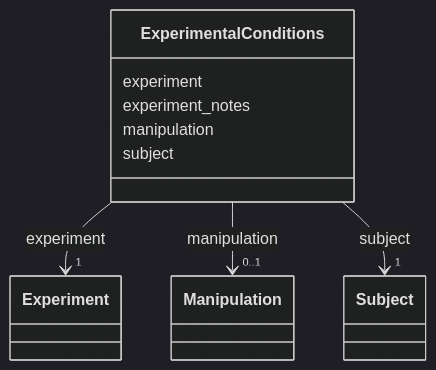
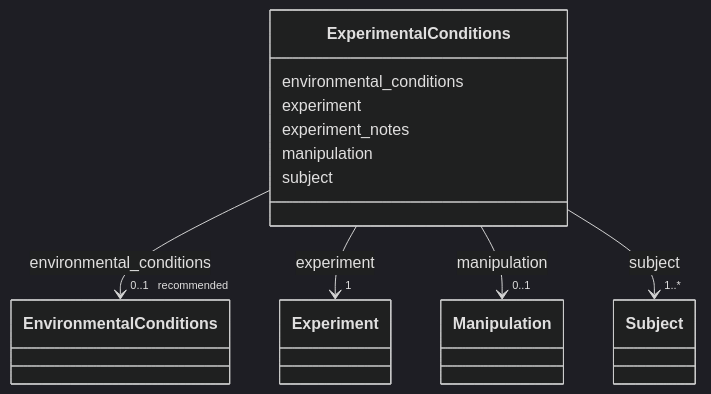
One commit to Helmholtz-UFZ/BeStMeta changed the diagram in docs/ExperimentalConditions.md. Above: the diagram before and after it, drawn with Mermaid (dark theme). The commit also changed other lines of this file and 30 other files, not shown here.

````diff
--- a/docs/ExperimentalConditions.md
+++ b/docs/ExperimentalConditions.md
@@ -23,41 +25,52 @@
 ```mermaid
  classDiagram
     class ExperimentalConditions
     click ExperimentalConditions href "../ExperimentalConditions/"
+      ExperimentalConditions : environmental_conditions
+        
+          
+    
+        
+        
+        ExperimentalConditions --> "0..1 _recommended_" EnvironmentalConditions : environmental_conditions
+        click EnvironmentalConditions href "../EnvironmentalConditions/"
+    
+
+        
       ExperimentalConditions : experiment
         
           
     
         
         
         ExperimentalConditions --> "1" Experiment : experiment
         click Experiment href "../Experiment/"
     
 
         
       ExperimentalConditions : experiment_notes
         
       ExperimentalConditions : manipulation
         
           
     
         
         
         ExperimentalConditions --> "0..1" Manipulation : manipulation
         click Manipulation href "../Manipulation/"
     
 
         
       ExperimentalConditions : subject
         
           
     
         
         
-        ExperimentalConditions --> "1" Subject : subject
+        ExperimentalConditions --> "1..*" Subject : subject
         click Subject href "../Subject/"
     
 
         
       
 ```
````
